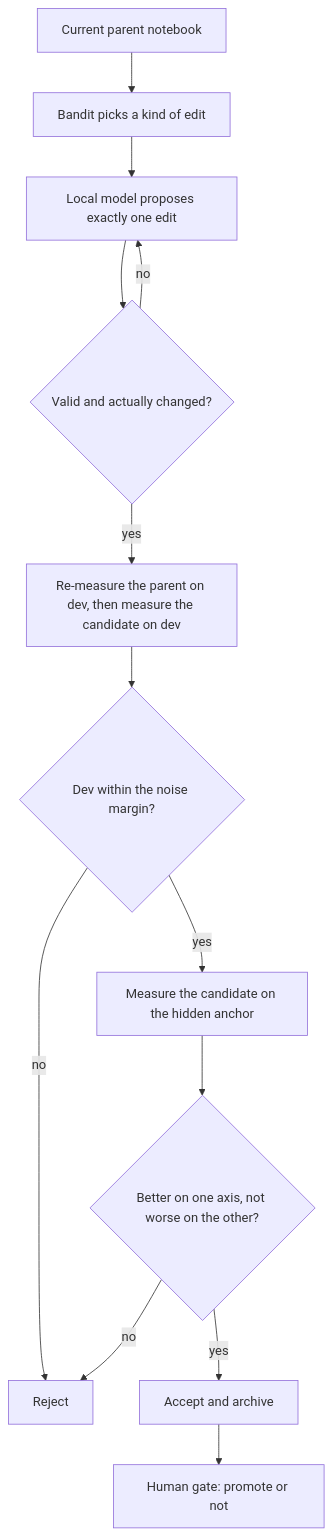
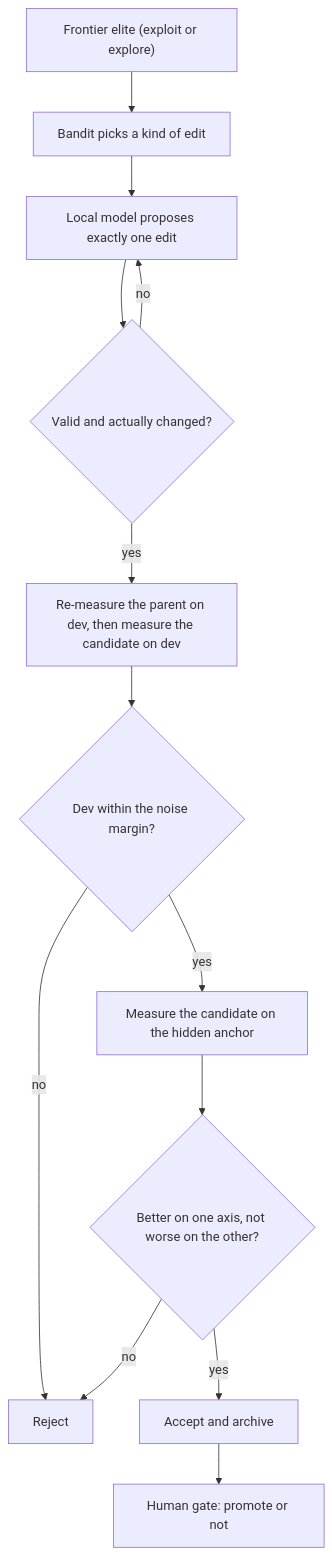
The third of 4 diagrams in docs/how-janet-learns.md (marble-sh/janet), drawn with Mermaid before and after one commit. The commit also changed other lines of this file and 5 other files, not shown here.

First line of the commit message:
Add P6.2 frontier and novelty parent selection

````diff
--- a/docs/how-janet-learns.md
+++ b/docs/how-janet-learns.md
@@ -100,15 +100,15 @@
 ```mermaid
 flowchart TD
-    A["Current parent notebook"] --> B["Bandit picks a kind of edit"]
+    A["Frontier elite (exploit or explore)"] --> B["Bandit picks a kind of edit"]
     B --> C["Local model proposes exactly one edit"]
     C --> D{"Valid and actually changed?"}
     D -->|no| C
     D -->|yes| E["Re-measure the parent on dev, then measure the candidate on dev"]
     E --> F{"Dev within the noise margin?"}
     F -->|no| R["Reject"]
     F -->|yes| H["Measure the candidate on the hidden anchor"]
     H --> I{"Better on one axis, not worse on the other?"}
     I -->|yes| J["Accept and archive"]
     I -->|no| R
     J --> K["Human gate: promote or not"]
 ```
````
